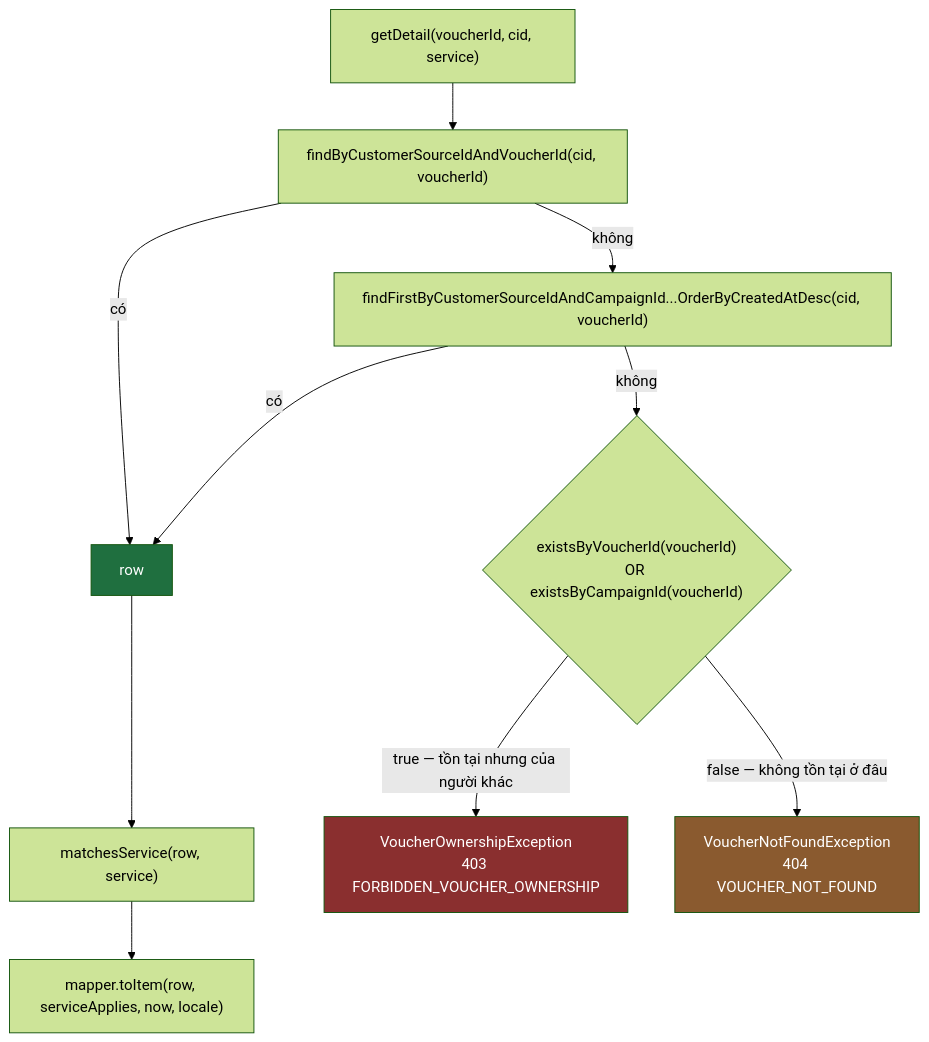
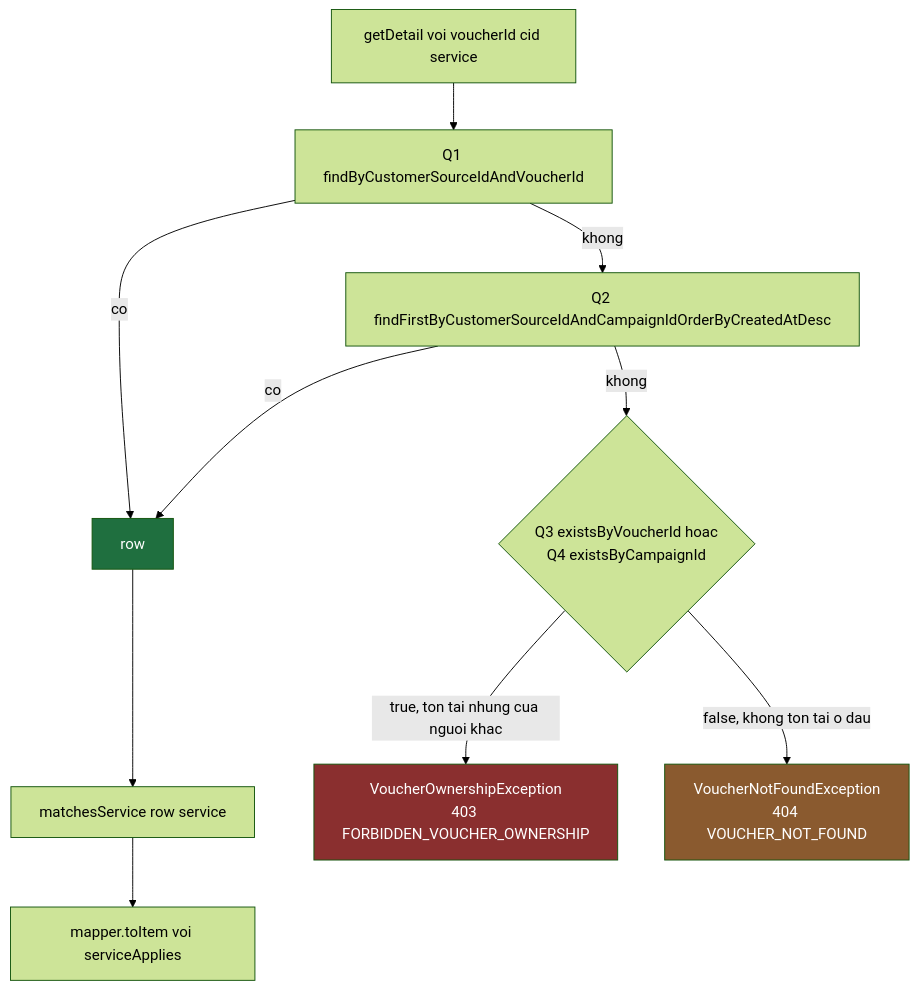
Before and after one commit to devtam-02/note-sharing: the second of 2 diagrams in bussiness-workflows/get-customer-voucher-details.md, drawn with Mermaid (forest theme). The commit also changed other lines of this file, not shown here.

Commit message:
Refactor get-customer-voucher-details documentation

````diff
--- a/bussiness-workflows/get-customer-voucher-details.md
+++ b/bussiness-workflows/get-customer-voucher-details.md
@@ -114,16 +115,16 @@
 ```mermaid
 flowchart TD
-    A["getDetail(voucherId, cid, service)"] --> B["findByCustomerSourceIdAndVoucherId(cid, voucherId)"]
-    B -->|có| OK[row]
-    B -->|không| C["findFirstByCustomerSourceIdAndCampaignId...OrderByCreatedAtDesc(cid, voucherId)"]
-    C -->|có| OK
-    C -->|không| D{"existsByVoucherId(voucherId)<br/>OR existsByCampaignId(voucherId)"}
-    D -->|true — tồn tại nhưng của người khác| E["VoucherOwnershipException<br/>403 FORBIDDEN_VOUCHER_OWNERSHIP"]
-    D -->|false — không tồn tại ở đâu| G["VoucherNotFoundException<br/>404 VOUCHER_NOT_FOUND"]
-    OK --> H["matchesService(row, service)"]
-    H --> I["mapper.toItem(row, serviceApplies, now, locale)"]
+    A["getDetail voi voucherId cid service"] --> B["Q1 findByCustomerSourceIdAndVoucherId"]
+    B -->|"co"| OK["row"]
+    B -->|"khong"| C["Q2 findFirstByCustomerSourceIdAndCampaignIdOrderByCreatedAtDesc"]
+    C -->|"co"| OK
+    C -->|"khong"| D{"Q3 existsByVoucherId hoac<br/>Q4 existsByCampaignId"}
+    D -->|"true, ton tai nhung cua nguoi khac"| E["VoucherOwnershipException<br/>403 FORBIDDEN_VOUCHER_OWNERSHIP"]
+    D -->|"false, khong ton tai o dau"| G["VoucherNotFoundException<br/>404 VOUCHER_NOT_FOUND"]
+    OK --> H["matchesService row service"]
+    H --> I["mapper.toItem voi serviceApplies"]
 
-    style E fill:#8a2f2f,color:#fff
-    style G fill:#8a5a2f,color:#fff
-    style OK fill:#1f6f3f,color:#fff
+    style E fill:#8a2f2f,color:#ffffff
+    style G fill:#8a5a2f,color:#ffffff
+    style OK fill:#1f6f3f,color:#ffffff
 ```
````
